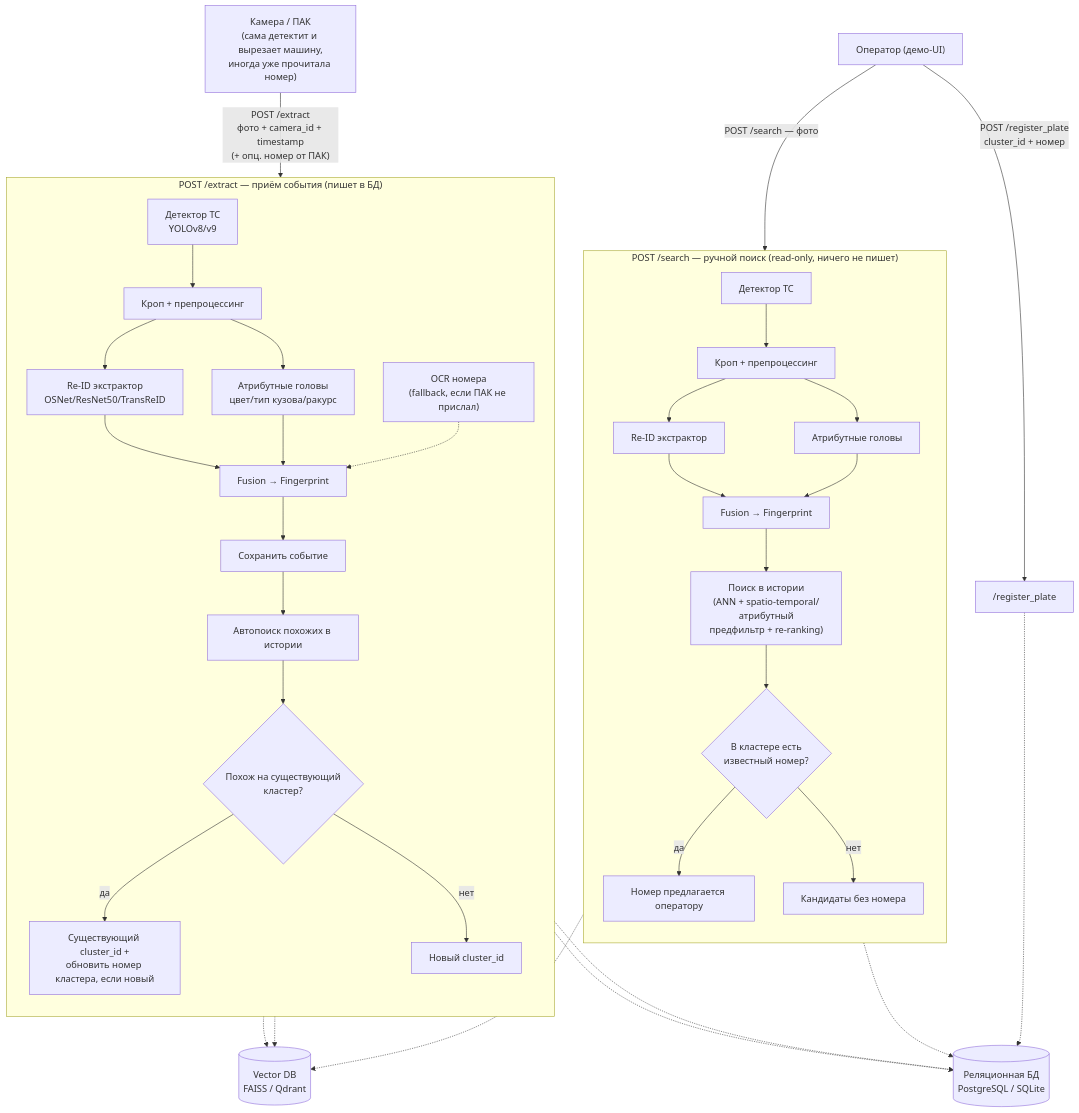
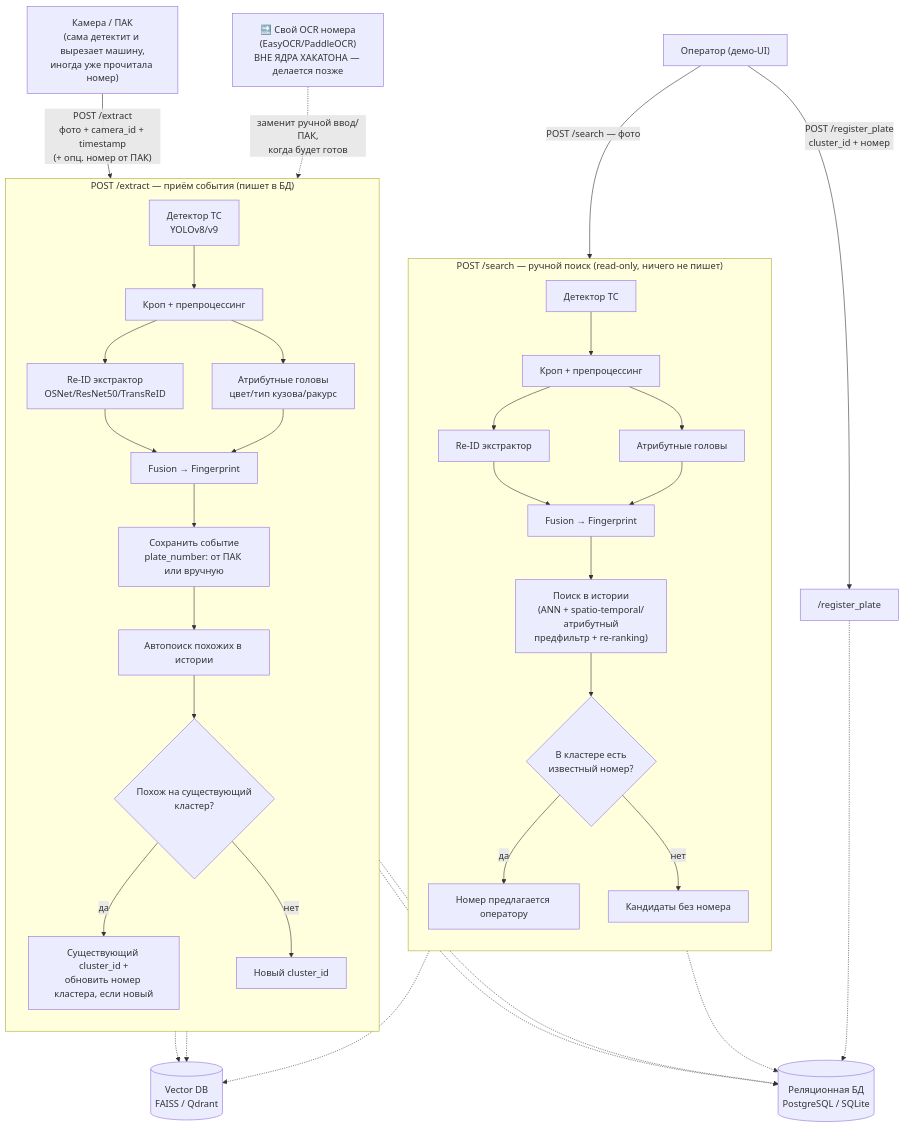
The diagram in docs/architecture.md (ladmol/LCT), drawn with Mermaid before and after one commit. The commit also changed other lines of this file and 4 other files, not shown here.

First line of the commit message:
Mark plate OCR as out of hackathon core scope, deferred to later

````diff
--- a/docs/architecture.md
+++ b/docs/architecture.md
@@ -13,42 +15,43 @@
 ```mermaid
 flowchart TD
     CAM["Камера / ПАК<br/>(сама детектит и вырезает машину,<br/>иногда уже прочитала номер)"] -->|"POST /extract<br/>фото + camera_id + timestamp<br/>(+ опц. номер от ПАК)"| EXTRACT
     OP["Оператор (демо-UI)"] -->|"POST /search — фото"| SEARCH
     OP -->|"POST /register_plate<br/>cluster_id + номер"| REGISTER["/register_plate"]
 
     subgraph EXTRACT["POST /extract — приём события (пишет в БД)"]
         direction TB
         B1["Детектор ТС<br/>YOLOv8/v9"] --> D1["Кроп + препроцессинг"]
         D1 --> E1["Re-ID экстрактор<br/>OSNet/ResNet50/TransReID"]
         D1 --> F1["Атрибутные головы<br/>цвет/тип кузова/ракурс"]
         E1 --> G1["Fusion → Fingerprint"]
         F1 --> G1
-        J1["OCR номера<br/>(fallback, если ПАК не прислал)"] -.-> G1
-        G1 --> SAVE["Сохранить событие"]
+        G1 --> SAVE["Сохранить событие<br/>plate_number: от ПАК или вручную"]
         SAVE --> MATCH1["Автопоиск похожих в истории"]
         MATCH1 --> CLUSTER{"Похож на существующий<br/>кластер?"}
         CLUSTER -->|да| ASSIGN["Существующий cluster_id +<br/>обновить номер кластера, если новый"]
         CLUSTER -->|нет| NEWCL["Новый cluster_id"]
     end
+
+    J1["🔜 Свой OCR номера<br/>(EasyOCR/PaddleOCR)<br/>ВНЕ ЯДРА ХАКАТОНА — делается позже"] -.->|заменит ручной ввод/ПАК,<br/>когда будет готов| SAVE
 
     subgraph SEARCH["POST /search — ручной поиск (read-only, ничего не пишет)"]
         direction TB
         B2["Детектор ТС"] --> D2["Кроп + препроцессинг"]
         D2 --> E2["Re-ID экстрактор"]
         D2 --> F2["Атрибутные головы"]
         E2 --> G2["Fusion → Fingerprint"]
         F2 --> G2
         G2 --> MATCH2["Поиск в истории<br/>(ANN + spatio-temporal/атрибутный<br/>предфильтр + re-ranking)"]
         MATCH2 --> RESULT{"В кластере есть<br/>известный номер?"}
         RESULT -->|да| SUGGEST["Номер предлагается оператору"]
         RESULT -->|нет| PLAIN["Кандидаты без номера"]
     end
 
     SAVE -.-> VDB[("Vector DB<br/>FAISS / Qdrant")]
     SAVE -.-> RDB[("Реляционная БД<br/>PostgreSQL / SQLite")]
     MATCH1 -.-> VDB
     MATCH2 -.-> VDB
     MATCH2 -.-> RDB
     ASSIGN -.-> RDB
     REGISTER -.-> RDB
 ```
````
